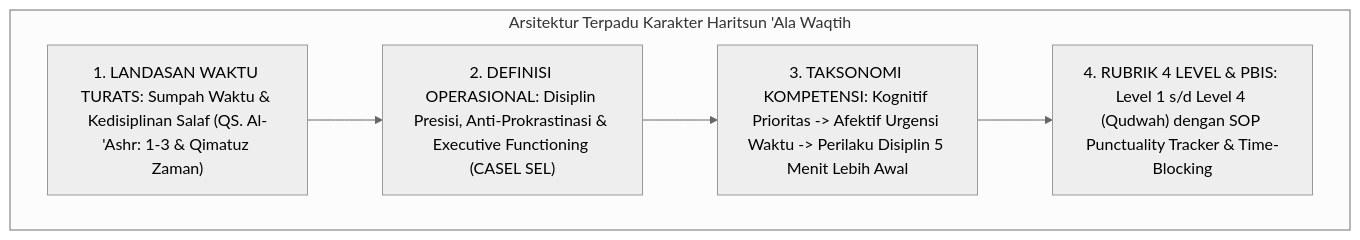
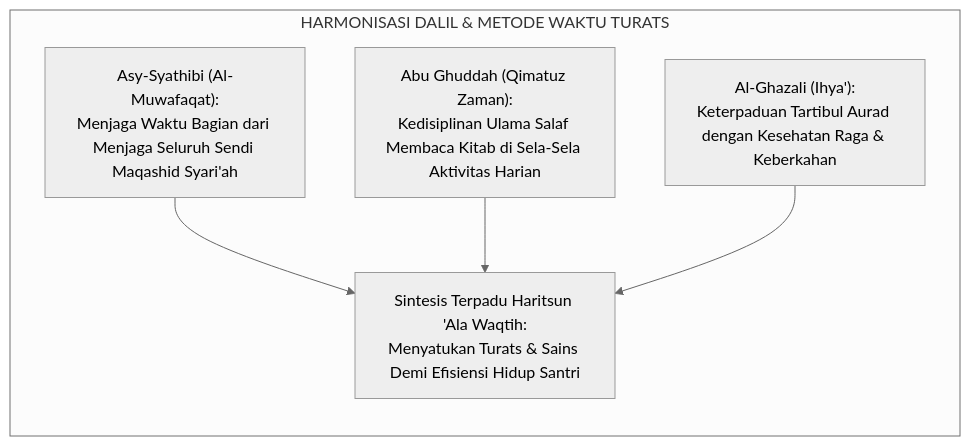
Before and after one commit to wandiapriliyandi/tumbuh: the second of 7 diagrams in 03 Capacity Framework/10 Haritsun Ala Waqtih/P3-10-14-Sintesis-dan-Validasi-Haritsun-Ala-Waqtih.md, drawn with Mermaid (neutral theme). The commit also changed other lines of this file and 14 other files, not shown here.

Commit message:
docs(03-capacity): complete all 15 research monographs for 10 Haritsun Ala Waqtih

````diff
--- a/03 Capacity Framework/10 Haritsun Ala Waqtih/P3-10-14-Sintesis-dan-Validasi-Haritsun-Ala-Waqtih.md
+++ b/03 Capacity Framework/10 Haritsun Ala Waqtih/P3-10-14-Sintesis-dan-Validasi-Haritsun-Ala-Waqtih.md
@@ -10,13 +74,8 @@
 ```mermaid
-graph TD
-    subgraph Sintesis_Haritsun_Ala_Waqtih["Arsitektur Terpadu Karakter Haritsun 'Ala Waqtih"]
-        HW1["1. LANDASAN WAKTU TURATS: Sumpah Waktu & Kedisiplinan Salaf (QS. Al-'Ashr: 1-3 & Qimatuz Zaman)"]
-        HW2["2. DEFINISI OPERASIONAL: Disiplin Presisi, Anti-Prokrastinasi & Executive Functioning (CASEL SEL)"]
-        HW3["3. TAKSONOMI KOMPETENSI: Kognitif Prioritas -> Afektif Urgensi Waktu -> Perilaku Disiplin 5 Menit Lebih Awal"]
-        HW4["4. RUBRIK 4 LEVEL & PBIS: Level 1 s/d Level 4 (Qudwah) dengan SOP Punctuality Tracker & Time-Blocking"]
-
-        HW1 --> HW2
-        HW2 --> HW3
-        HW3 --> HW4
+flowchart LR
+    subgraph TuratsHarmonisasiWaktu["HARMONISASI DALIL & METODE WAKTU TURATS"]
+        Syathibi["Asy-Syathibi (Al-Muwafaqat):<br/>Menjaga Waktu Bagian dari Menjaga Seluruh Sendi Maqashid Syari'ah"] --> Inti["Sintesis Terpadu Haritsun 'Ala Waqtih:<br/>Menyatukan Turats & Sains Demi Efisiensi Hidup Santri"]
+        AbuGhuddah["Abu Ghuddah (Qimatuz Zaman):<br/>Kedisiplinan Ulama Salaf Membaca Kitab di Sela-Sela Aktivitas Harian"] --> Inti
+        Ghazali["Al-Ghazali (Ihya'):<br/>Keterpaduan Tartibul Aurad dengan Kesehatan Raga & Keberkahan"] --> Inti
     end
 ```
````
